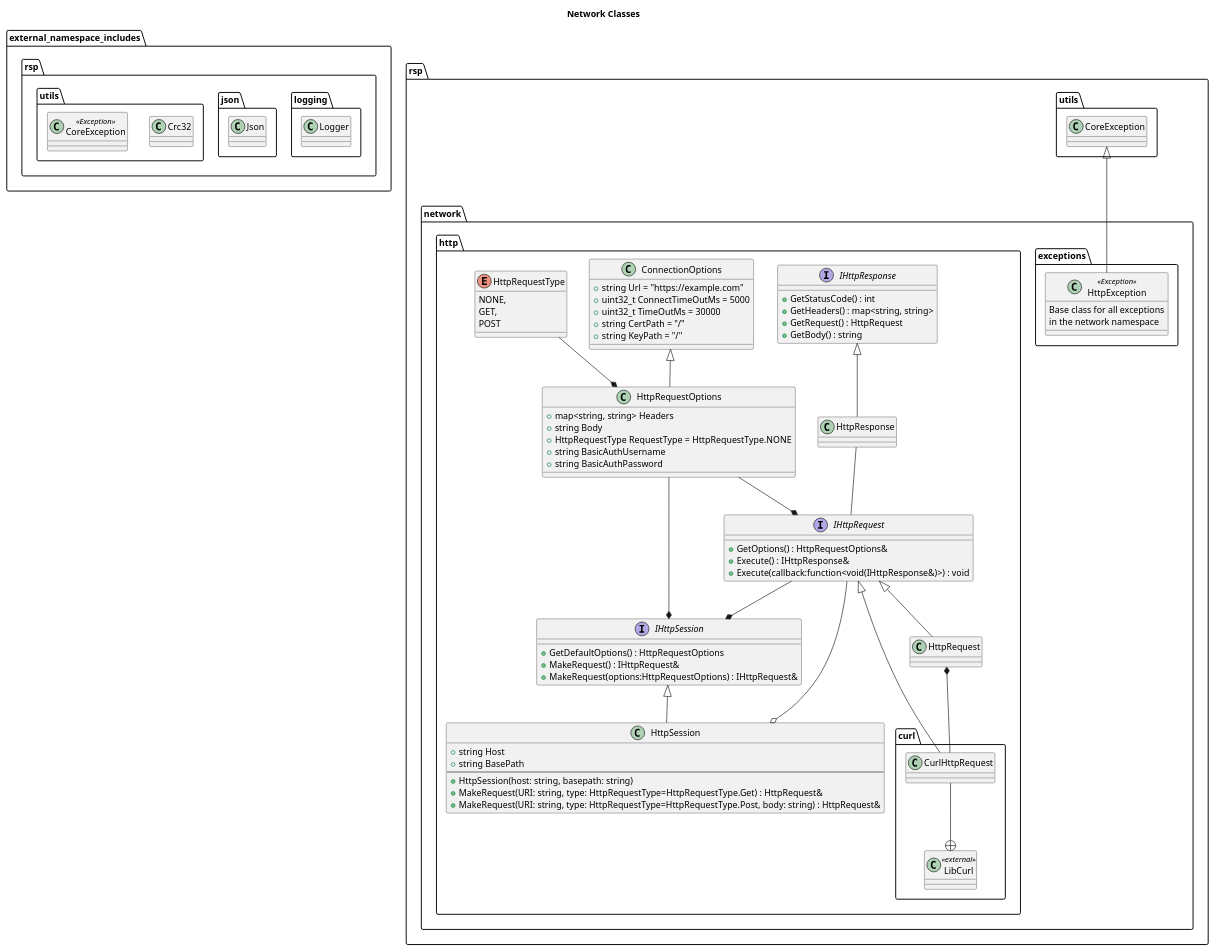
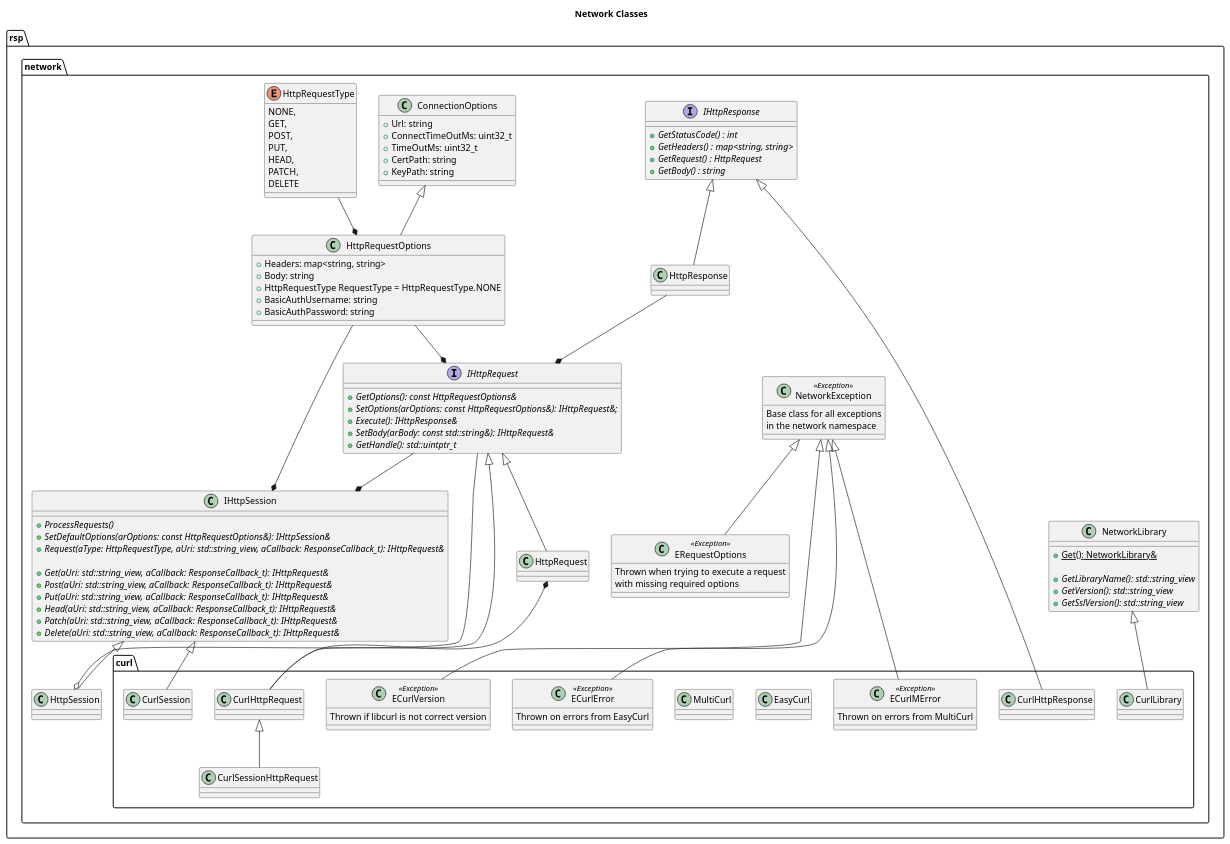
One commit to rsps/rsp-core-library changed the diagram in docs/uml/Network Classes.puml. Above: the diagram before and after it, drawn with PlantUML. The commit also changed 1 other file, not shown here.

Commit message:
Some updates to Network Classes UML

```diff
--- a/docs/uml/Network Classes.puml
+++ b/docs/uml/Network Classes.puml
@@ -1,130 +1,151 @@
 @startuml
 
 skinparam stereotypeCBackgroundColor<<Exception>> Red
 'hide stereotype
 
 title Network Classes
 
-
-namespace external_namespace_includes{
-namespace rsp.logging {
-    class Logger  {
-    }
-}
-
-namespace rsp.json{
-    class Json  {
-    }
-}
-
-namespace rsp.utils{
-    class Crc32  {
-    }
-    
-    class CoreException <<Exception>> {
-    }
-}
-}
-
 namespace rsp.network {
 
 
-    namespace rsp.network.exceptions {
-        class HttpException <<Exception>> {
-            Base class for all exceptions 
-            in the network namespace
-        }
+    class NetworkException <<Exception>> {
+        Base class for all exceptions 
+        in the network namespace
     }
 
-    namespace rsp.network.http {
-        class ConnectionOptions{
-            + string Url = "https://example.com"
-            + uint32_t ConnectTimeOutMs = 5000
-            + uint32_t TimeOutMs = 30000
-            + string CertPath = "/"
-            + string KeyPath = "/"
+    class ERequestOptions <<Exception>> {
+        Thrown when trying to execute a request
+        with missing required options
+    }
+
+    class ConnectionOptions{
+        + Url: string
+        + ConnectTimeOutMs: uint32_t
+        + TimeOutMs: uint32_t
+        + CertPath: string
+        + KeyPath: string
+    }
+
+    enum HttpRequestType {
+        NONE,
+        GET,
+        POST,
+        PUT,
+        HEAD,
+        PATCH,
+        DELETE
+    }
+    
+    class HttpRequestOptions {
+        + Headers: map<string, string>
+        + Body: string
+        + HttpRequestType RequestType = HttpRequestType.NONE
+        + BasicAuthUsername: string
+        + BasicAuthPassword: string
+    }
+
+
+    class IHttpSession  {
+        + {abstract} ProcessRequests()
+        + {abstract} SetDefaultOptions(arOptions: const HttpRequestOptions&): IHttpSession&
+        + {abstract} Request(aType: HttpRequestType, aUri: std::string_view, aCallback: ResponseCallback_t): IHttpRequest&
+
+        + {abstract} Get(aUri: std::string_view, aCallback: ResponseCallback_t): IHttpRequest&
+        + {abstract} Post(aUri: std::string_view, aCallback: ResponseCallback_t): IHttpRequest&
+        + {abstract} Put(aUri: std::string_view, aCallback: ResponseCallback_t): IHttpRequest&
+        + {abstract} Head(aUri: std::string_view, aCallback: ResponseCallback_t): IHttpRequest&
+        + {abstract} Patch(aUri: std::string_view, aCallback: ResponseCallback_t): IHttpRequest&
+        + {abstract} Delete(aUri: std::string_view, aCallback: ResponseCallback_t): IHttpRequest&
+    }
+
+    interface IHttpRequest {
+        + {abstract} GetOptions(): const HttpRequestOptions&
+        + {abstract} SetOptions(arOptions: const HttpRequestOptions&): IHttpRequest&;
+        + {abstract} Execute(): IHttpResponse&
+        + {abstract} SetBody(arBody: const std::string&): IHttpRequest&
+        + {abstract} GetHandle(): std::uintptr_t
+    }
+
+    interface IHttpResponse{
+        + {abstract} GetStatusCode() : int
+        + {abstract} GetHeaders() : map<string, string>
+        + {abstract} GetRequest() : HttpRequest
+        + {abstract} GetBody() : string
+    }
+
+    class HttpSession {
+    }
+    class HttpRequest {
+    }
+    class HttpResponse {
+    }
+    class NetworkLibrary {
+        + {static} Get(): NetworkLibrary&
+
+        + {abstract} GetLibraryName(): std::string_view
+        + {abstract} GetVersion(): std::string_view
+        + {abstract} GetSslVersion(): std::string_view
+    }
+
+    namespace rsp.network.curl {
+        
+        class CurlLibrary {
         }
 
-        interface IHttpSession  {
-            +GetDefaultOptions() : HttpRequestOptions
-            +MakeRequest() : IHttpRequest&
-            +MakeRequest(options:HttpRequestOptions) : IHttpRequest&
+        class CurlHttpRequest {
+        }
+        class CurlSessionHttpRequest {
+        }  
+
+        class CurlHttpResponse {
         }
         
-        interface IHttpRequest {
-            + GetOptions() : HttpRequestOptions&
-            + Execute() : IHttpResponse&
-            + Execute(callback:function<void(IHttpResponse&)>) : void
+        class EasyCurl {
+        }
+
+        class MultiCurl {
         }
         
-        enum HttpRequestType {
-            NONE,
-            GET,
-            POST
-        }
-		
-		class HttpRequestOptions {
-			+ map<string, string> Headers
-			+ string Body
-			+ HttpRequestType RequestType = HttpRequestType.NONE
-			+ string BasicAuthUsername
-			+ string BasicAuthPassword
-		}
-
-
-        class HttpSession  {
-            + string Host
-            + string BasePath
-            --
-            + HttpSession(host: string, basepath: string)
-            + MakeRequest(URI: string, type: HttpRequestType=HttpRequestType.Get) : HttpRequest&
-            + MakeRequest(URI: string, type: HttpRequestType=HttpRequestType.Post, body: string) : HttpRequest&
+        class ECurlVersion <<Exception>> {
+            Thrown if libcurl is not correct version
         }
 
-        interface IHttpResponse{
-            + GetStatusCode() : int
-            + GetHeaders() : map<string, string>
-            + GetRequest() : HttpRequest
-            + GetBody() : string
+        class ECurlError <<Exception>> {
+            Thrown on errors from EasyCurl
         }
 
-        class HttpResponse {
-        }
-        class HttpRequest {
-        }
-
-        namespace rsp.network.http.curl {
-            
-            class CurlHttpRequest{
-
-            }            
-            
-            class LibCurl <<external>> {
-            }
+        class ECurlMError <<Exception>> {
+            Thrown on errors from MultiCurl
         }
     }
 }
 
 
+rsp.network.ERequestOptions -up-|> rsp.network.NetworkException
 
-rsp.network.exceptions.HttpException -up-|> rsp.utils.CoreException
+rsp.network.curl.ECurlVersion --up-|> rsp.network.NetworkException
+rsp.network.curl.ECurlError --up-|> rsp.network.NetworkException
+rsp.network.curl.ECurlMError --up-|> rsp.network.NetworkException
 
-rsp.network.http.HttpRequestOptions -up-|>rsp.network.http.ConnectionOptions 
-rsp.network.http.HttpRequestType --* rsp.network.http.HttpRequestOptions
-rsp.network.http.HttpSession -up-|> rsp.network.http.IHttpSession 
+rsp.network.HttpRequestOptions -up-|> rsp.network.ConnectionOptions 
+rsp.network.HttpRequestType --* rsp.network.HttpRequestOptions
+rsp.network.HttpSession -up-|> rsp.network.IHttpSession 
 
-rsp.network.http.HttpRequestOptions --* rsp.network.http.IHttpSession 
-rsp.network.http.IHttpRequest --* rsp.network.http.IHttpSession
+rsp.network.HttpRequestOptions --* rsp.network.IHttpSession 
+rsp.network.IHttpRequest --* rsp.network.IHttpSession
 
-rsp.network.http.HttpResponse -up-|> rsp.network.http.IHttpResponse
-rsp.network.http.HttpRequest -up-|> rsp.network.http.IHttpRequest
+rsp.network.HttpResponse -up-|> rsp.network.IHttpResponse
+rsp.network.HttpRequest -up-|> rsp.network.IHttpRequest
 
-rsp.network.http.IHttpRequest --o rsp.network.http.HttpSession
-rsp.network.http.HttpRequestOptions --* rsp.network.http.IHttpRequest 
-rsp.network.http.HttpResponse -- rsp.network.http.IHttpRequest
+rsp.network.IHttpRequest --o rsp.network.HttpSession
+rsp.network.HttpRequestOptions --* rsp.network.IHttpRequest 
+rsp.network.HttpResponse --* rsp.network.IHttpRequest
 
-rsp.network.http.curl.CurlHttpRequest --+ rsp.network.http.curl.LibCurl
-rsp.network.http.curl.CurlHttpRequest -up-|> rsp.network.http.IHttpRequest
-rsp.network.http.curl.CurlHttpRequest -up-* rsp.network.http.HttpRequest
+rsp.network.curl.CurlLibrary -up-|> rsp.network.NetworkLibrary
+rsp.network.curl.CurlHttpRequest -up-|> rsp.network.IHttpRequest
+rsp.network.curl.CurlHttpRequest -up-* rsp.network.HttpRequest
+rsp.network.curl.CurlSessionHttpRequest -up-|> rsp.network.curl.CurlHttpRequest
+rsp.network.curl.CurlHttpResponse -up-|> rsp.network.IHttpResponse
+rsp.network.curl.CurlSession -up-|> rsp.network.IHttpSession
 
 @enduml
```
